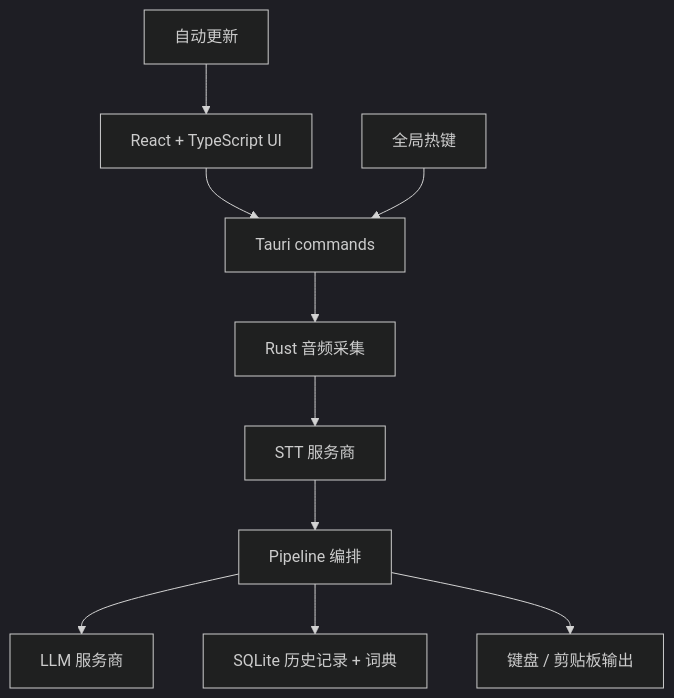
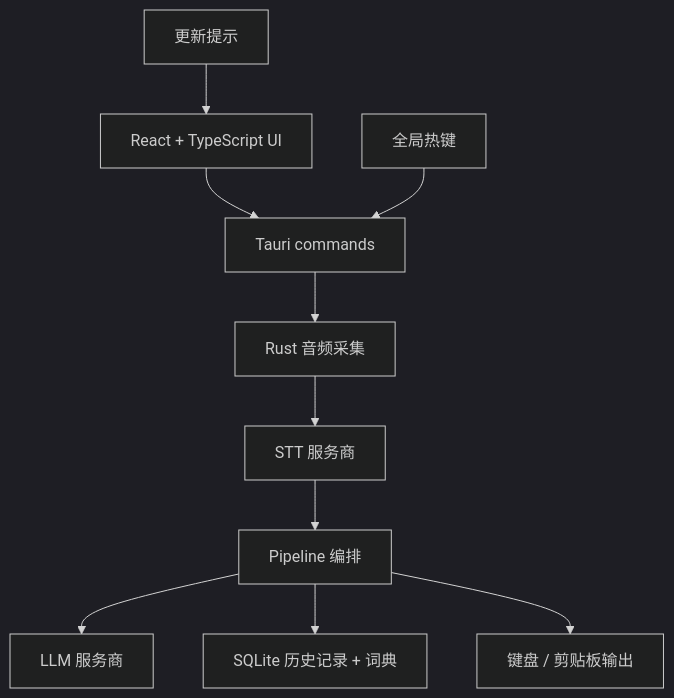
The diagram in README_zh.md (Mutantcat-Working-Group/TalkWithYourAI), drawn with Mermaid (dark theme) before and after one commit. The commit also changed other lines of this file and 25 other files, not shown here.

````diff
--- a/README_zh.md
+++ b/README_zh.md
@@ -249,12 +249,12 @@
 ```mermaid
 flowchart TB
   UI["React + TypeScript UI"] --> Tauri["Tauri commands"]
   Hotkeys["全局热键"] --> Tauri
   Tauri --> Audio["Rust 音频采集"]
   Audio --> Providers["STT 服务商"]
   Providers --> Pipeline["Pipeline 编排"]
   Pipeline --> LLMs["LLM 服务商"]
   Pipeline --> Storage["SQLite 历史记录 + 词典"]
   Pipeline --> Output["键盘 / 剪贴板输出"]
-  Updater["自动更新"] --> UI
+  Updater["更新提示"] --> UI
 ```
````
